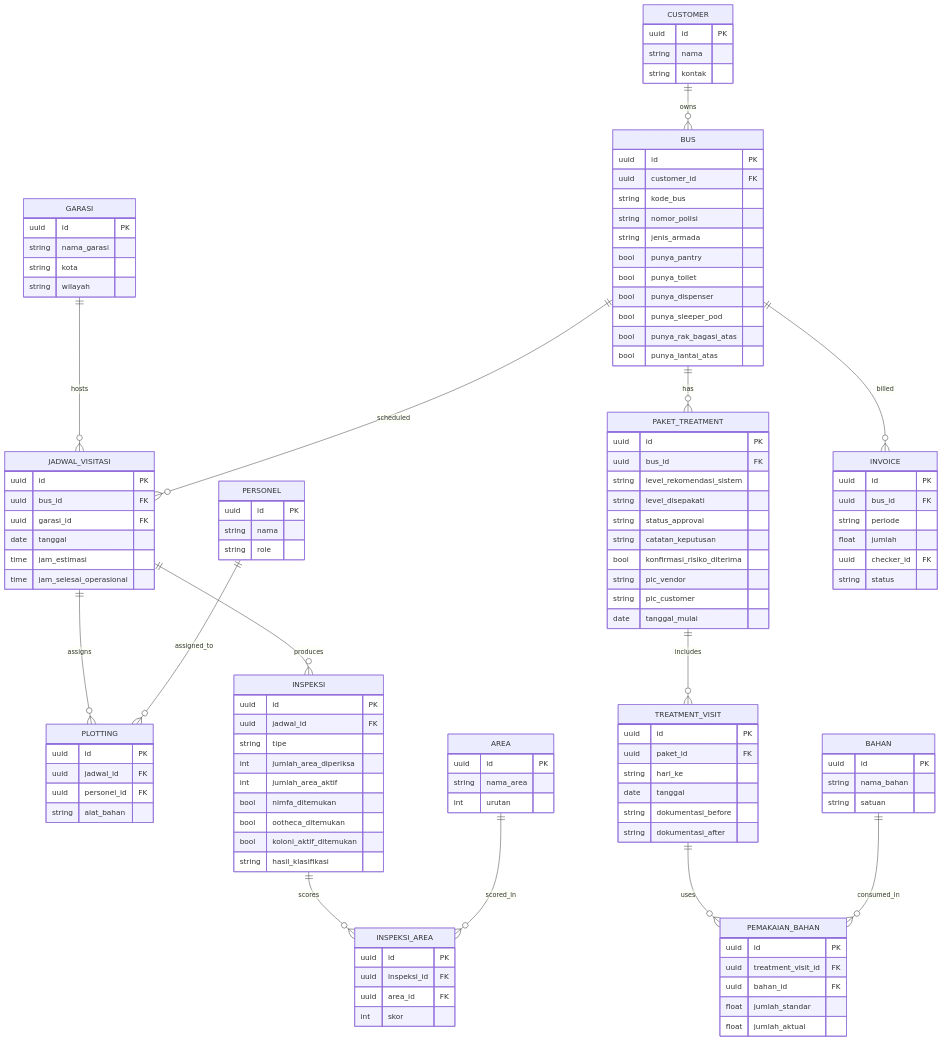
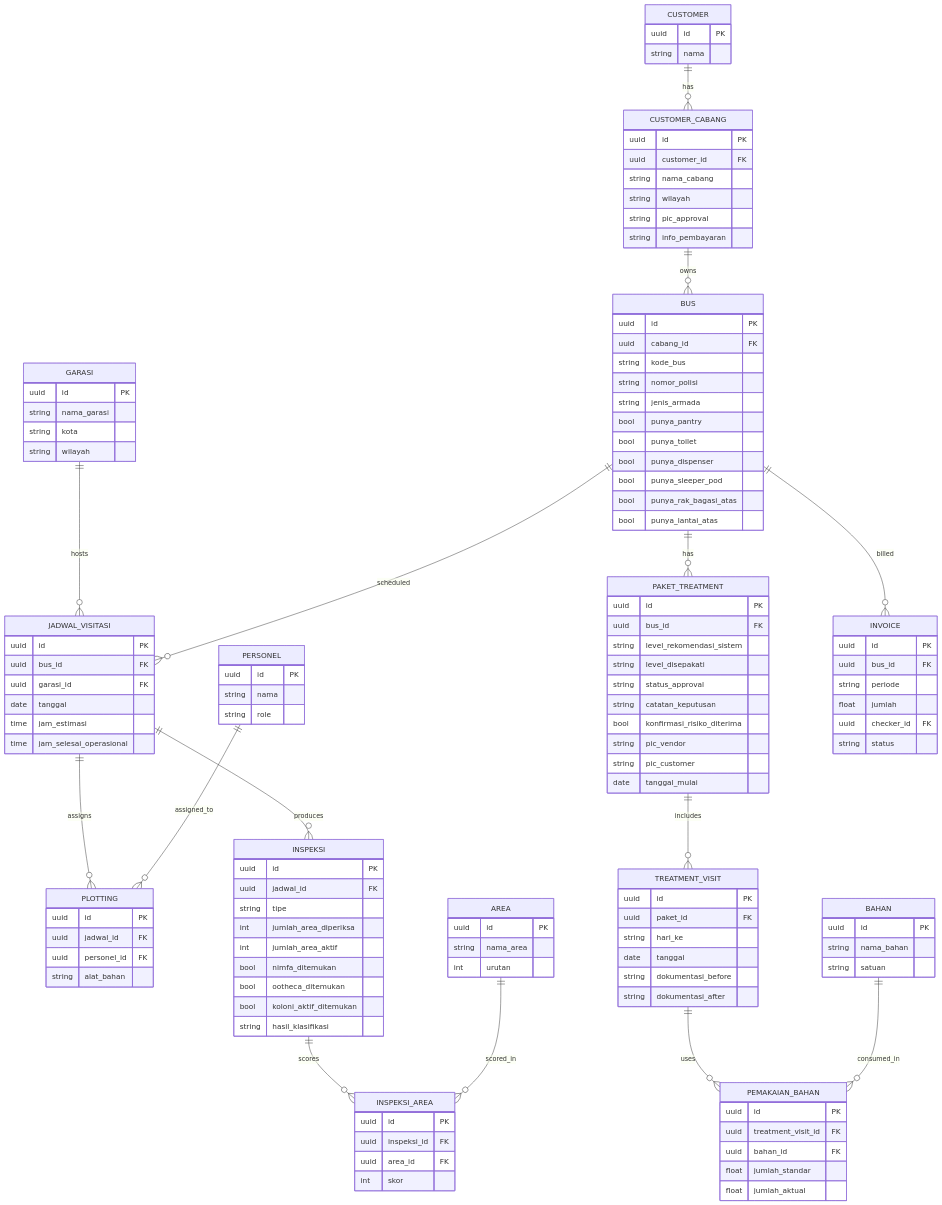
One commit to Vanialive/WorkflowBugHunter changed the second of 2 diagrams in README.md. Above: the diagram before and after it, drawn with Mermaid. The commit also changed other lines of this file, not shown here.

````diff
--- a/README.md
+++ b/README.md
@@ -45,6 +45,7 @@
 ```mermaid
 erDiagram
-    CUSTOMER ||--o{ BUS : owns
+    CUSTOMER ||--o{ CUSTOMER_CABANG : has
+    CUSTOMER_CABANG ||--o{ BUS : owns
     GARASI ||--o{ JADWAL_VISITASI : hosts
     BUS ||--o{ JADWAL_VISITASI : scheduled
     JADWAL_VISITASI ||--o{ PLOTTING : assigns
@@ -57,15 +58,22 @@
     TREATMENT_VISIT ||--o{ PEMAKAIAN_BAHAN : uses
     BAHAN ||--o{ PEMAKAIAN_BAHAN : consumed_in
     BUS ||--o{ INVOICE : billed
-
+ 
     CUSTOMER {
         uuid id PK
         string nama
-        string kontak
+    }
+    CUSTOMER_CABANG {
+        uuid id PK
+        uuid customer_id FK
+        string nama_cabang
+        string wilayah
+        string pic_approval
+        string info_pembayaran
     }
     BUS {
         uuid id PK
-        uuid customer_id FK
+        uuid cabang_id FK
         string kode_bus
         string nomor_polisi
         string jenis_armada
````
